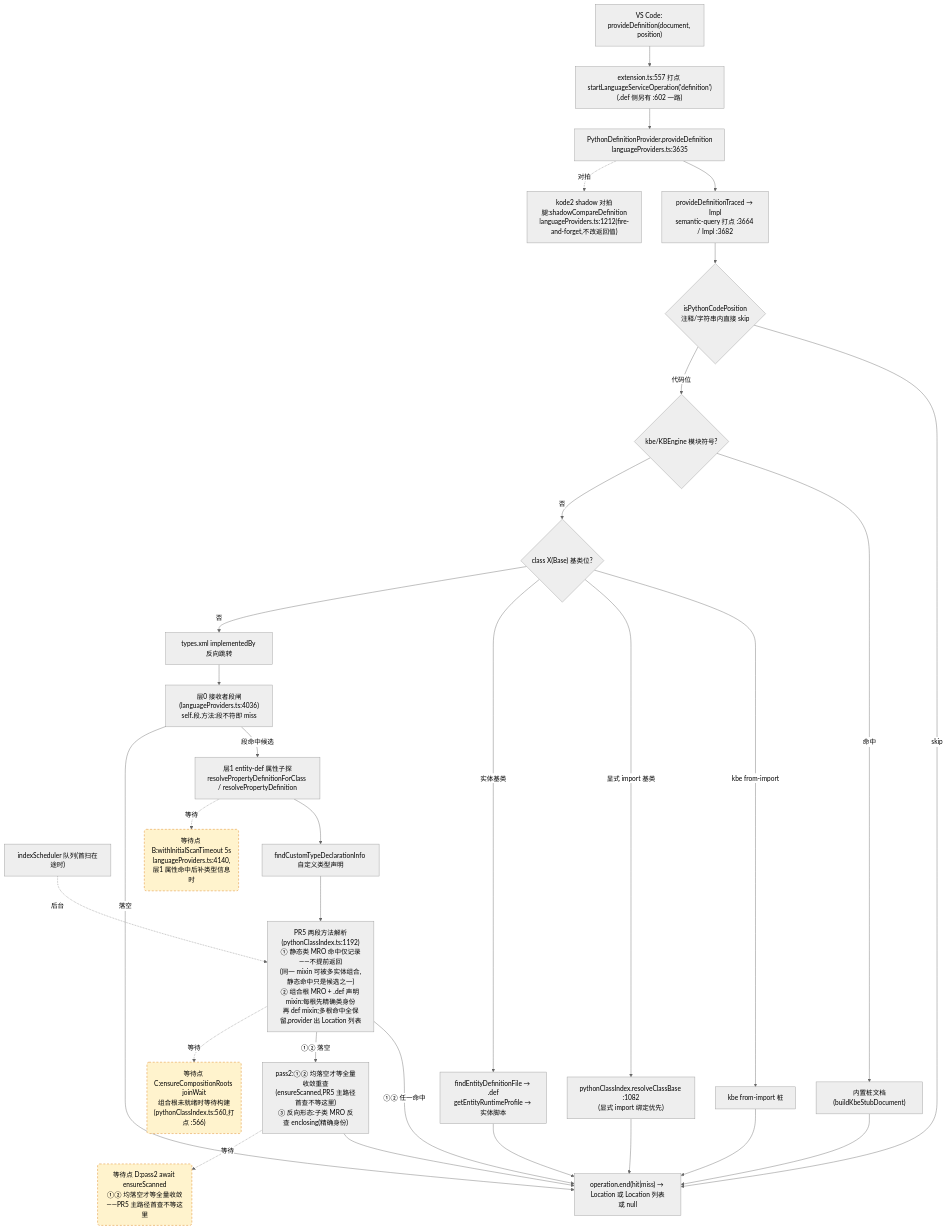
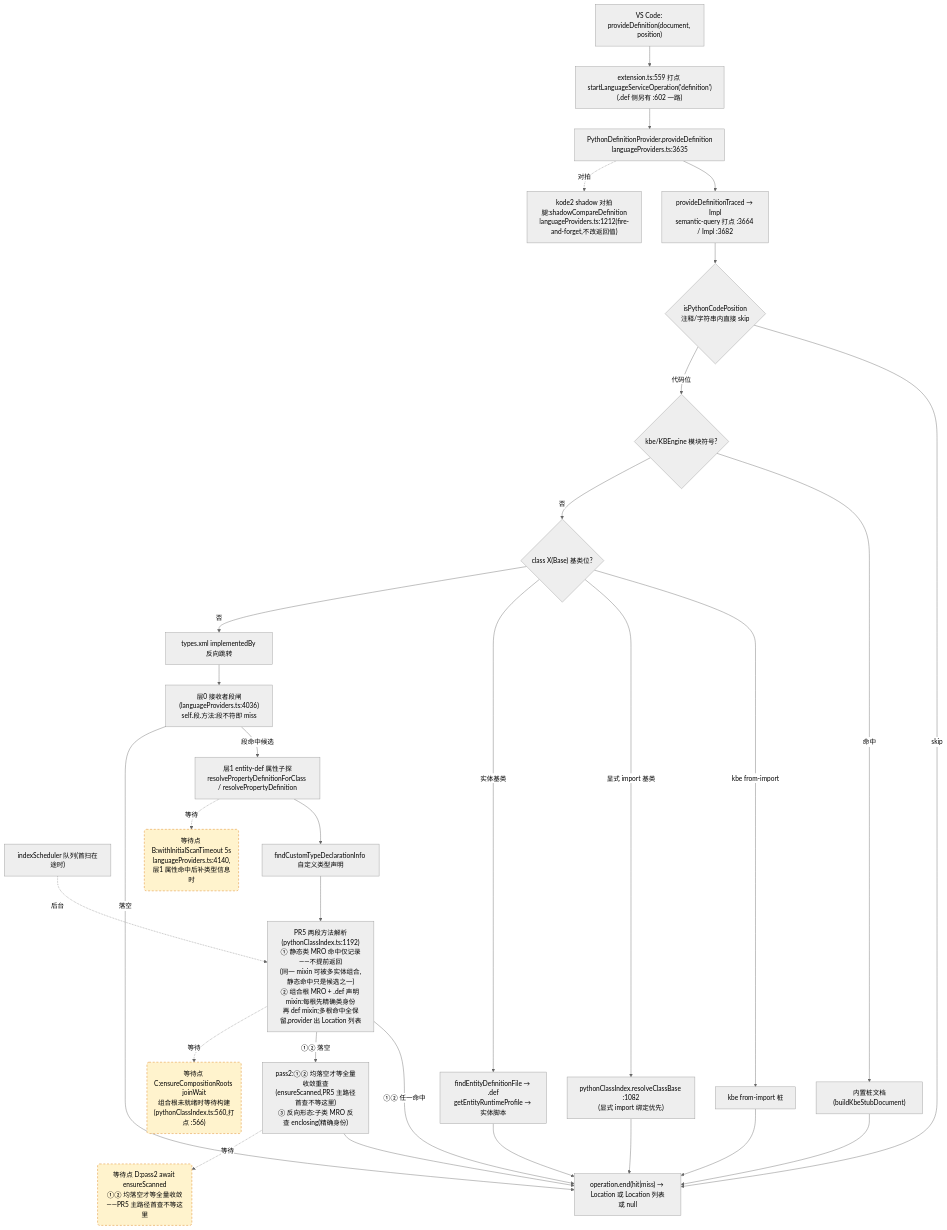
One commit to cuihairu/kode changed the second of 4 diagrams in docs/perf/2026-baseline.md. Above: the diagram before and after it, drawn with Mermaid (neutral theme). The commit also changed other lines of this file and 14 other files, not shown here.

````diff
--- a/docs/perf/2026-baseline.md
+++ b/docs/perf/2026-baseline.md
@@ -128,51 +128,51 @@
 ```mermaid
 flowchart TD
   VC2["VS Code: provideDefinition(document, position)"]
-  M2["extension.ts:557 打点 startLanguageServiceOperation('definition')<br/>(.def 侧另有 :602 一路)"]
+  M2["extension.ts:559 打点 startLanguageServiceOperation('definition')<br/>(.def 侧另有 :602 一路)"]
   AD2["PythonDefinitionProvider.provideDefinition<br/>languageProviders.ts:3635"]
   TR["provideDefinitionTraced → Impl<br/>semantic-query 打点 :3664 / Impl :3682"]
   CTX{"isPythonCodePosition<br/>注释/字符串内直接 skip"}
   KBE{"kbe/KBEngine 模块符号?"}
   STUB["内置桩文档(buildKbeStubDocument)"]
   CB{"class X(Base) 基类位?"}
   CB1["kbe from-import 桩"]
   CB2["pythonClassIndex.resolveClassBase :1082<br/>(显式 import 绑定优先)"]
   CB3["findEntityDefinitionFile → .def<br/>getEntityRuntimeProfile → 实体脚本"]
   REV["types.xml implementedBy 反向跳转"]
   L0["层0 接收者段闸(languageProviders.ts:4036)<br/>self.段.方法:段不符即 miss"]
   L1["层1 entity-def 属性子探<br/>resolvePropertyDefinitionForClass / resolvePropertyDefinition"]
   SCAN["indexScheduler 队列(首扫在途时)"]
   TY["findCustomTypeDeclarationInfo 自定义类型声明"]
   MRO["PR5 两段方法解析(pythonClassIndex.ts:1192)<br/>① 静态类 MRO 命中仅记录——不提前返回<br/>(同一 mixin 可被多实体组合,静态命中只是候选之一)<br/>② 组合根 MRO + .def 声明 mixin:每根先精确类身份<br/>再 def mixin;多根命中全保留,provider 出 Location 列表"]
   PASS2["pass2:①② 均落空才等全量收敛重查<br/>(ensureScanned,PR5 主路径首查不等这里)<br/>③ 反向形态:子类 MRO 反查 enclosing(精确身份)"]
   SHD["kode2 shadow 对拍腿:shadowCompareDefinition<br/>languageProviders.ts:1212(fire-and-forget,不改返回值)"]
   END2["operation.end(hit|miss) → Location 或 Location 列表或 null"]
 
   VC2 --> M2 --> AD2 --> TR --> CTX
   CTX -- "skip" --> END2
   CTX -- "代码位" --> KBE
   KBE -- "命中" --> STUB --> END2
   KBE -- "否" --> CB
   CB -- "kbe from-import" --> CB1 --> END2
   CB -- "显式 import 基类" --> CB2 --> END2
   CB -- "实体基类" --> CB3 --> END2
   CB -- "否" --> REV --> L0
   L0 -- "段命中候选" --> L1
   L0 -- "落空" --> END2
   L1 --> TY
   TY --> MRO
   MRO -- "①② 任一命中" --> END2
   MRO -- "①② 落空" --> PASS2 --> END2
   AD2 -.->|对拍| SHD
 
   WAITB("等待点 B:withInitialScanTimeout 5s<br/>languageProviders.ts:4140,层1 属性命中后补类型信息时")
   WAITC("等待点 C:ensureCompositionRoots joinWait<br/>组合根未就绪时等待构建(pythonClassIndex.ts:560,打点 :566)")
   WAITD("等待点 D:pass2 await ensureScanned<br/>①② 均落空才等全量收敛——PR5 主路径首查不等这里")
   L1 -.->|等待| WAITB
   MRO -.->|等待| WAITC
   PASS2 -.->|等待| WAITD
   SCAN -.->|后台| MRO
 
   classDef waitPoint fill:#fff3cd,stroke:#d97706,stroke-dasharray:5 4;
   class WAITB,WAITC,WAITD waitPoint;
 ```
````
